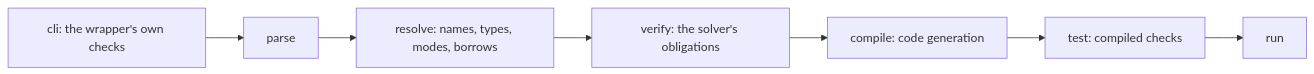
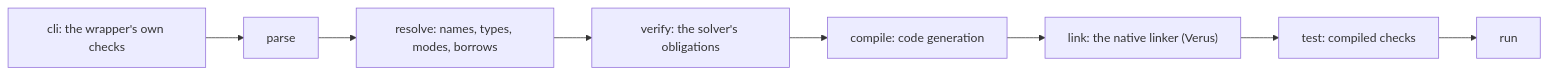
The second of 4 diagrams in docs/Q12_PracticeIC.md (leobwang/dafny-verus-learn-0), drawn with Mermaid before and after one commit. The commit also changed 8 other files, not shown here.

````diff
--- a/docs/Q12_PracticeIC.md
+++ b/docs/Q12_PracticeIC.md
@@ -162,9 +162,10 @@
 ```mermaid
 flowchart LR
   cli["cli: the wrapper's own checks"] --> parse["parse"]
   parse --> resolve["resolve: names, types, modes, borrows"]
   resolve --> verify["verify: the solver's obligations"]
   verify --> compile["compile: code generation"]
-  compile --> test["test: compiled checks"]
+  compile --> link["link: the native linker (Verus)"]
+  link --> test["test: compiled checks"]
   test --> run["run"]
 ```
````
